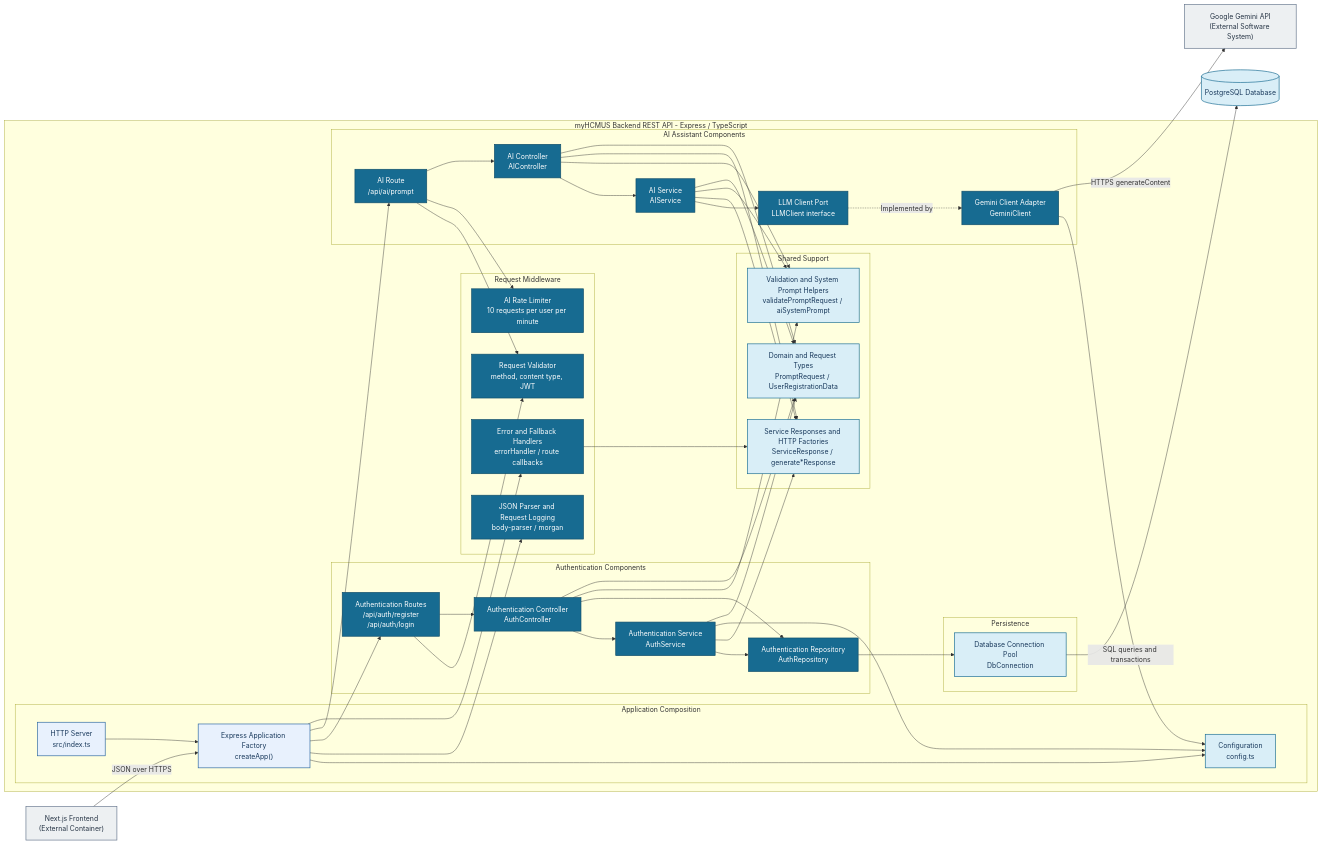
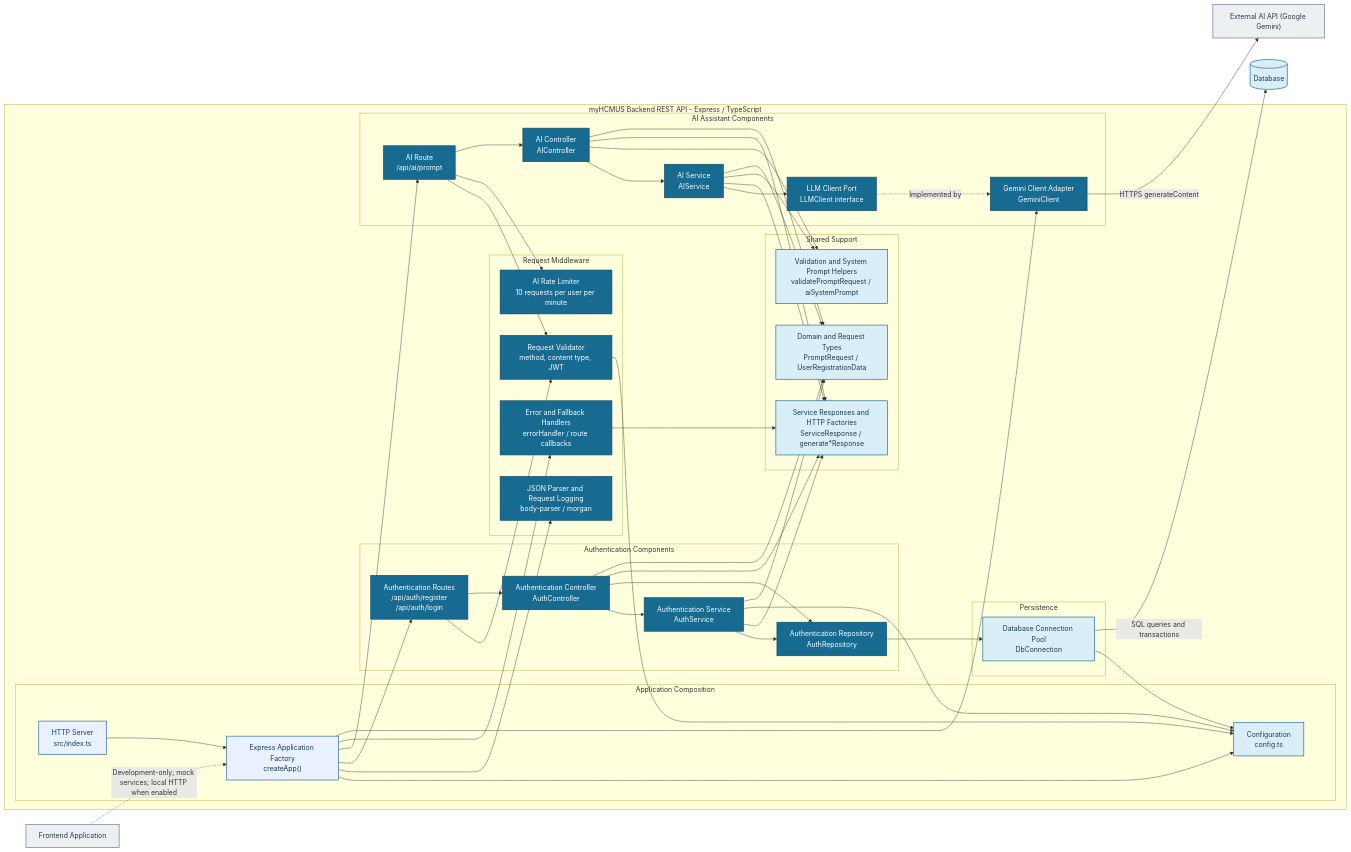
The diagram in docs/analysis-and-design/be/component-diagram-be.md (APCSk24-CS300/cs300-project), drawn with Mermaid before and after one commit. The commit also changed other lines of this file, not shown here.

Commit message:
revised diagram based on review

````diff
--- a/docs/analysis-and-design/be/component-diagram-be.md
+++ b/docs/analysis-and-design/be/component-diagram-be.md
@@ -38,6 +42,6 @@
 ```mermaid
 flowchart LR
-    Frontend["Next.js Frontend<br/>(External Container)"]
+    Frontend["Frontend Application"]
 
     subgraph Backend["myHCMUS Backend REST API - Express / TypeScript"]
         subgraph Composition["Application Composition"]
@@ -93,7 +97,7 @@
 
         AuthController --> AuthService
         AuthController --> AuthRepository
-        AuthController --> Helpers
+        AuthController --> Responses
         AuthService --> AuthRepository
         AuthService --> Responses
         AuthService --> Config
@@ -105,9 +109,11 @@
         AIService --> Responses
         AIService --> Helpers
         LLMPort -. "Implemented by" .-> GeminiClient
-        GeminiClient --> Config
+        App --> GeminiClient
 
         AuthRepository --> DbConnection
+        Validator --> Config
+        DbConnection --> Config
         AuthController --> Types
         AuthService --> Types
         AIController --> Types
@@ -115,10 +121,10 @@
         ErrorHandling --> Responses
     end
 
-    Database[(PostgreSQL Database)]
-    Gemini["Google Gemini API<br/>(External Software System)"]
+    Database[(Database)]
+    Gemini["External AI API (Google Gemini)"]
 
-    Frontend -->|"JSON over HTTPS"| App
+    Frontend -. "Development-only; mock services; local HTTP when enabled" .-> App
     DbConnection -->|"SQL queries and transactions"| Database
     GeminiClient -->|"HTTPS generateContent"| Gemini
 
````
